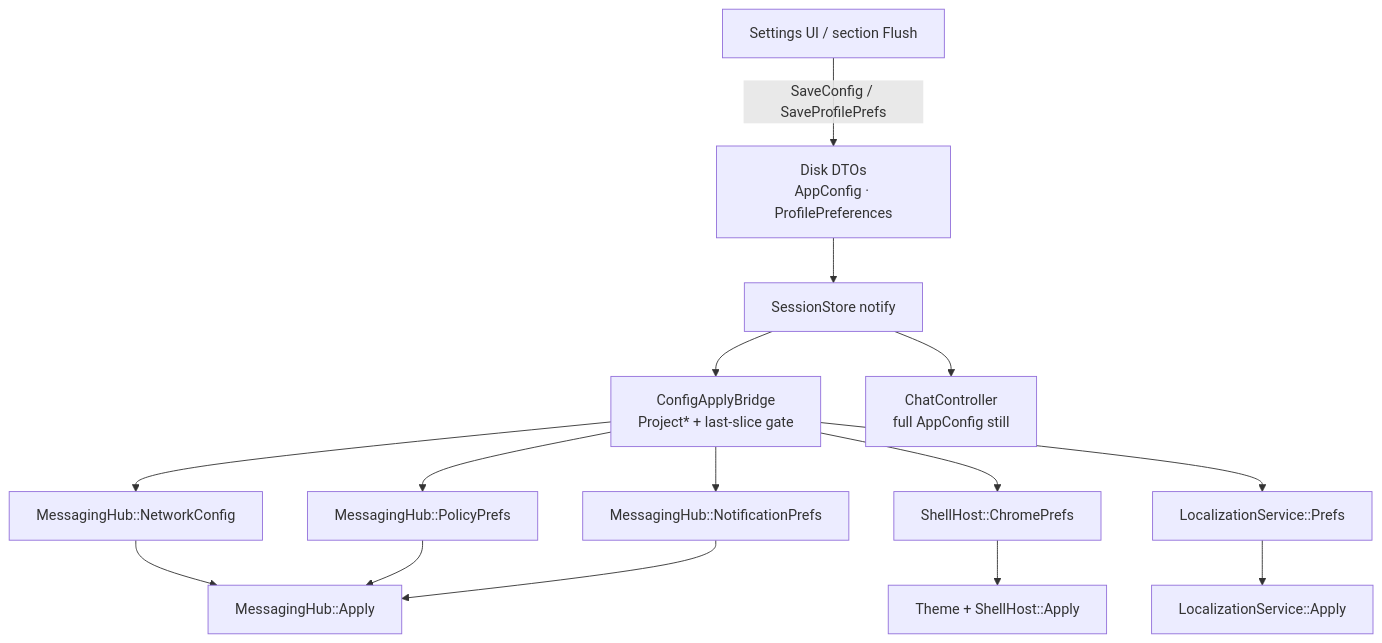
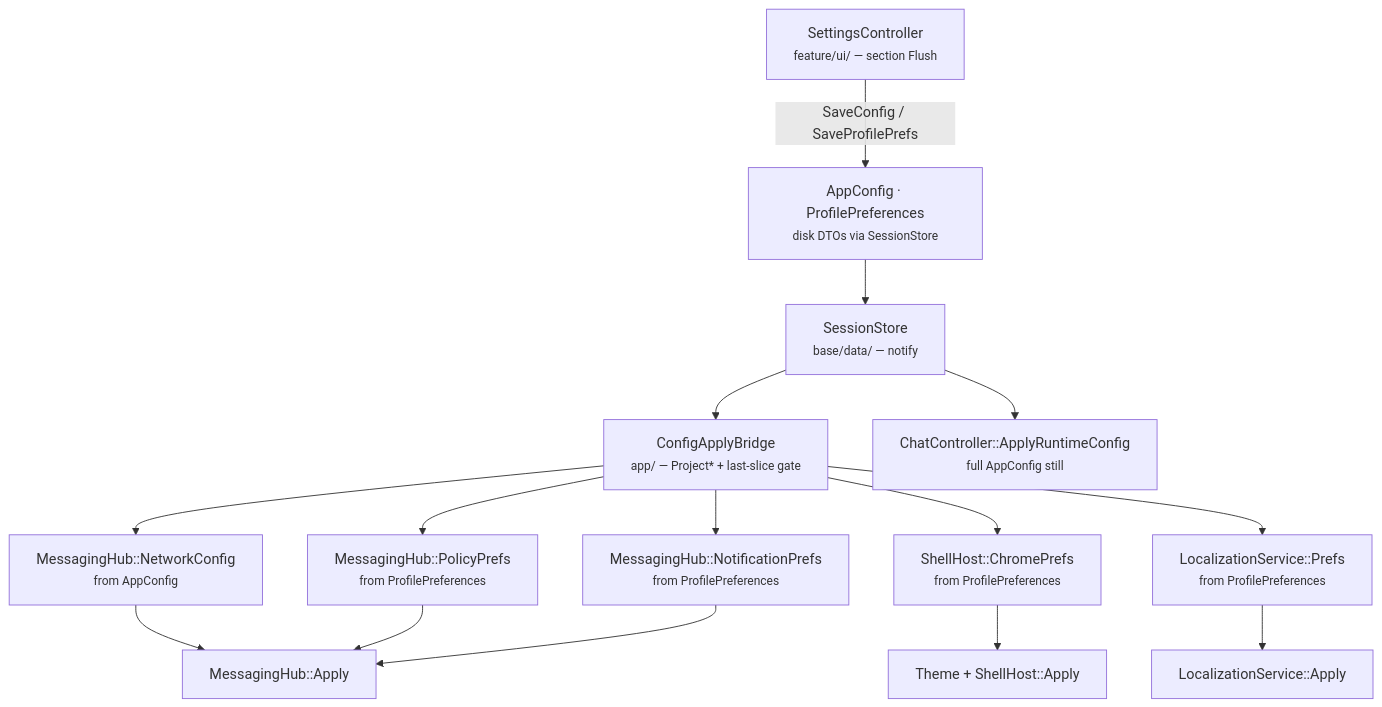
The third of 4 diagrams in docs/architecture/RUNTIME_COMPOSITION.md (people-post/pp-browser), drawn with Mermaid before and after one commit. The commit also changed other lines of this file and 1 other file, not shown here.

Commit message:
Design diagrams

````diff
--- a/docs/architecture/RUNTIME_COMPOSITION.md
+++ b/docs/architecture/RUNTIME_COMPOSITION.md
@@ -131,24 +132,24 @@
 ```mermaid
 flowchart TB
-  UI["Settings UI / section Flush"]
-  Disk["Disk DTOs<br/>AppConfig · ProfilePreferences"]
-  Store["SessionStore notify"]
-  Bridge["ConfigApplyBridge<br/>Project* + last-slice gate"]
+  UI["SettingsController<br/><small>feature/ui/ — section Flush</small>"]
+  Disk["AppConfig · ProfilePreferences<br/><small>disk DTOs via SessionStore</small>"]
+  Store["SessionStore<br/><small>base/data/ — notify</small>"]
+  Bridge["ConfigApplyBridge<br/><small>app/ — Project* + last-slice gate</small>"]
 
   UI -->|SaveConfig / SaveProfilePrefs| Disk
   Disk --> Store
   Store --> Bridge
 
-  Bridge --> N["MessagingHub::NetworkConfig"]
-  Bridge --> P["MessagingHub::PolicyPrefs"]
-  Bridge --> Push["MessagingHub::NotificationPrefs"]
-  Bridge --> C["ShellHost::ChromePrefs"]
-  Bridge --> L["LocalizationService::Prefs"]
-  Store --> AgentCfg["ChatController<br/>full AppConfig still"]
+  Bridge --> N["MessagingHub::NetworkConfig<br/><small>from AppConfig</small>"]
+  Bridge --> P["MessagingHub::PolicyPrefs<br/><small>from ProfilePreferences</small>"]
+  Bridge --> Push["MessagingHub::NotificationPrefs<br/><small>from ProfilePreferences</small>"]
+  Bridge --> C["ShellHost::ChromePrefs<br/><small>from ProfilePreferences</small>"]
+  Bridge --> L["LocalizationService::Prefs<br/><small>from ProfilePreferences</small>"]
+  Store --> AgentCfg["ChatController::ApplyRuntimeConfig<br/><small>full AppConfig still</small>"]
 
   N --> HubA["MessagingHub::Apply"]
   P --> HubA
   Push --> HubA
   C --> ShellA["Theme + ShellHost::Apply"]
   L --> LocA["LocalizationService::Apply"]
 ```
````
